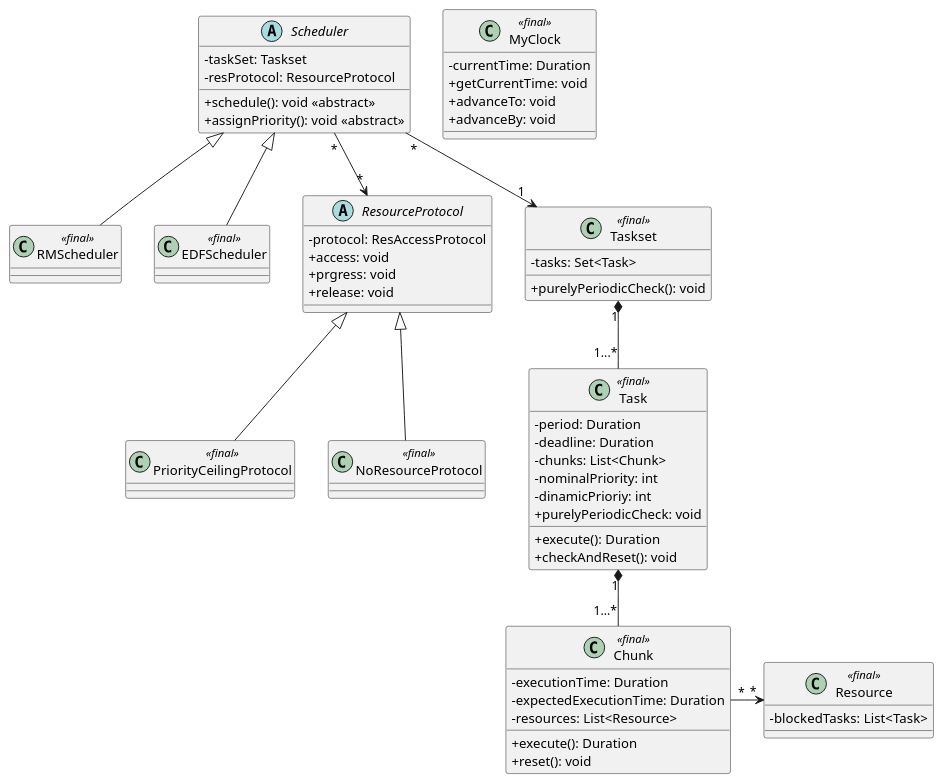
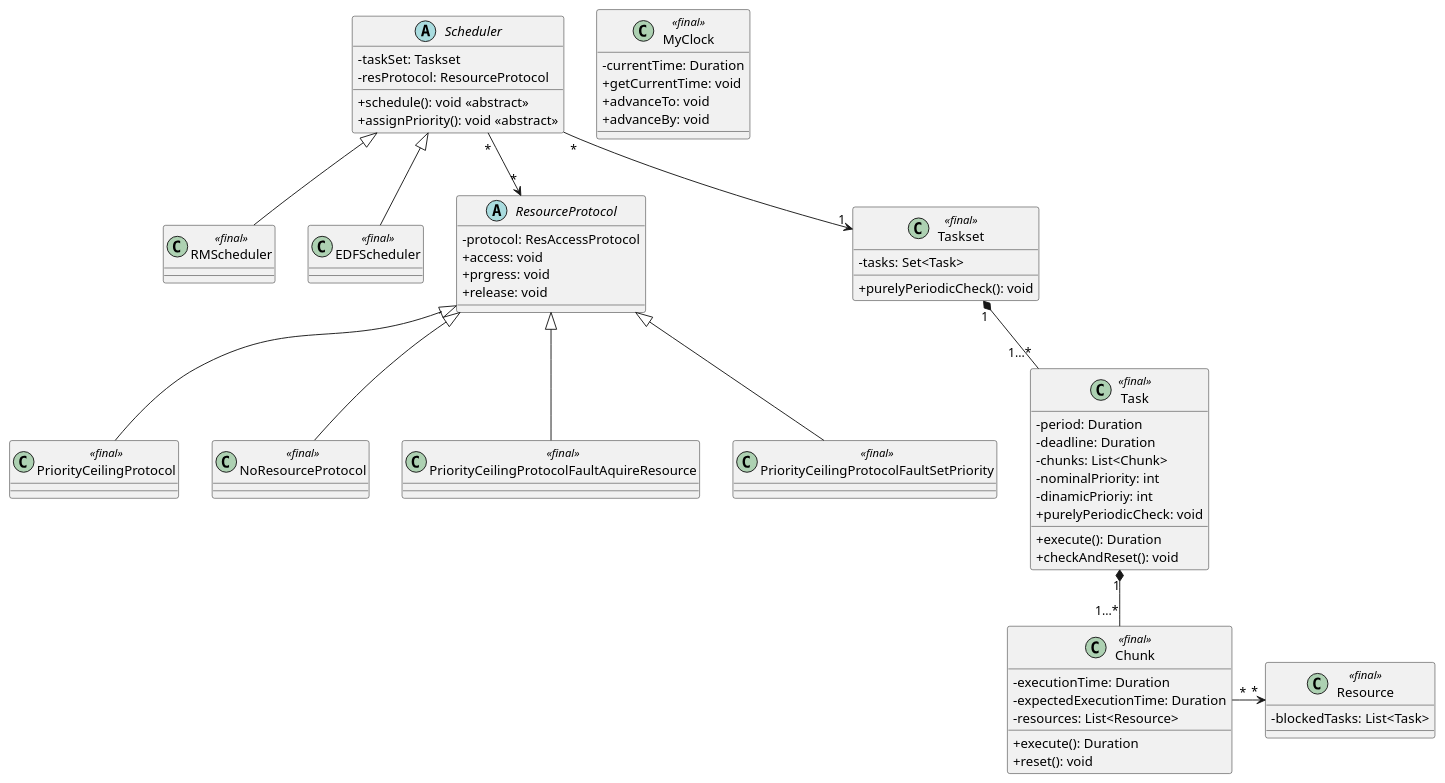
Before and after one commit to edoardosarri24/real-time-scheduling-simulator: the diagram in report/immagini/class diagram.puml, drawn with PlantUML. The commit also changed 21 other files, not shown here.

Commit message:
update readme and class diagram

```diff
--- a/report/immagini/class diagram.puml
+++ b/report/immagini/class diagram.puml
@@ -1,77 +1,85 @@
 @startuml class diagram
 skinparam classAttributeIconSize 0
 
 ' classi
 abstract class Scheduler {
     - taskSet: Taskset
     - resProtocol: ResourceProtocol
     + schedule(): void <<abstract>>
     + assignPriority(): void <<abstract>>
 }
 
 class MyClock <<final>> {
     - currentTime: Duration
     + getCurrentTime: void
     + advanceTo: void
     + advanceBy: void
 }
 
 class RMScheduler <<final>> {
 }
 
 class EDFScheduler <<final>> {
 }
 
 abstract class ResourceProtocol {
     - protocol: ResAccessProtocol
     + access: void
     + prgress: void
     + release: void
 }
 
 class PriorityCeilingProtocol <<final>> {
 }
 
 class NoResourceProtocol <<final>> {
 }
 
+class PriorityCeilingProtocolFaultAquireResource <<final>> {
+}
+
+class PriorityCeilingProtocolFaultSetPriority <<final>> {
+}
+
 class Resource <<final>> {
     - blockedTasks: List<Task>
 }
 
 class Taskset <<final>> {
     - tasks: Set<Task>
     + purelyPeriodicCheck(): void
 }
 
 class Task <<final>> {
     - period: Duration
     - deadline: Duration
     - chunks: List<Chunk>
     - nominalPriority: int
     - dinamicPrioriy: int
     + execute(): Duration
     + checkAndReset(): void
     + purelyPeriodicCheck: void
 }
 
 class Chunk <<final>> {
     - executionTime: Duration
     - expectedExecutionTime: Duration
     - resources: List<Resource>
     + execute(): Duration
     + reset(): void
 }
 
 ' relazioni
 Scheduler <|-- RMScheduler
 Scheduler <|-- EDFScheduler
 Scheduler "*" --> "*" ResourceProtocol
 ResourceProtocol <|-- PriorityCeilingProtocol
 ResourceProtocol <|-- NoResourceProtocol
+ResourceProtocol <|-- PriorityCeilingProtocolFaultAquireResource
+ResourceProtocol <|-- PriorityCeilingProtocolFaultSetPriority
 Scheduler "*" --> "1" Taskset
 Taskset "1" *-- "1...*" Task
 Task "1" *-- "1...*" Chunk
 Chunk "*" -> "*" Resource
 
 @enduml
```
